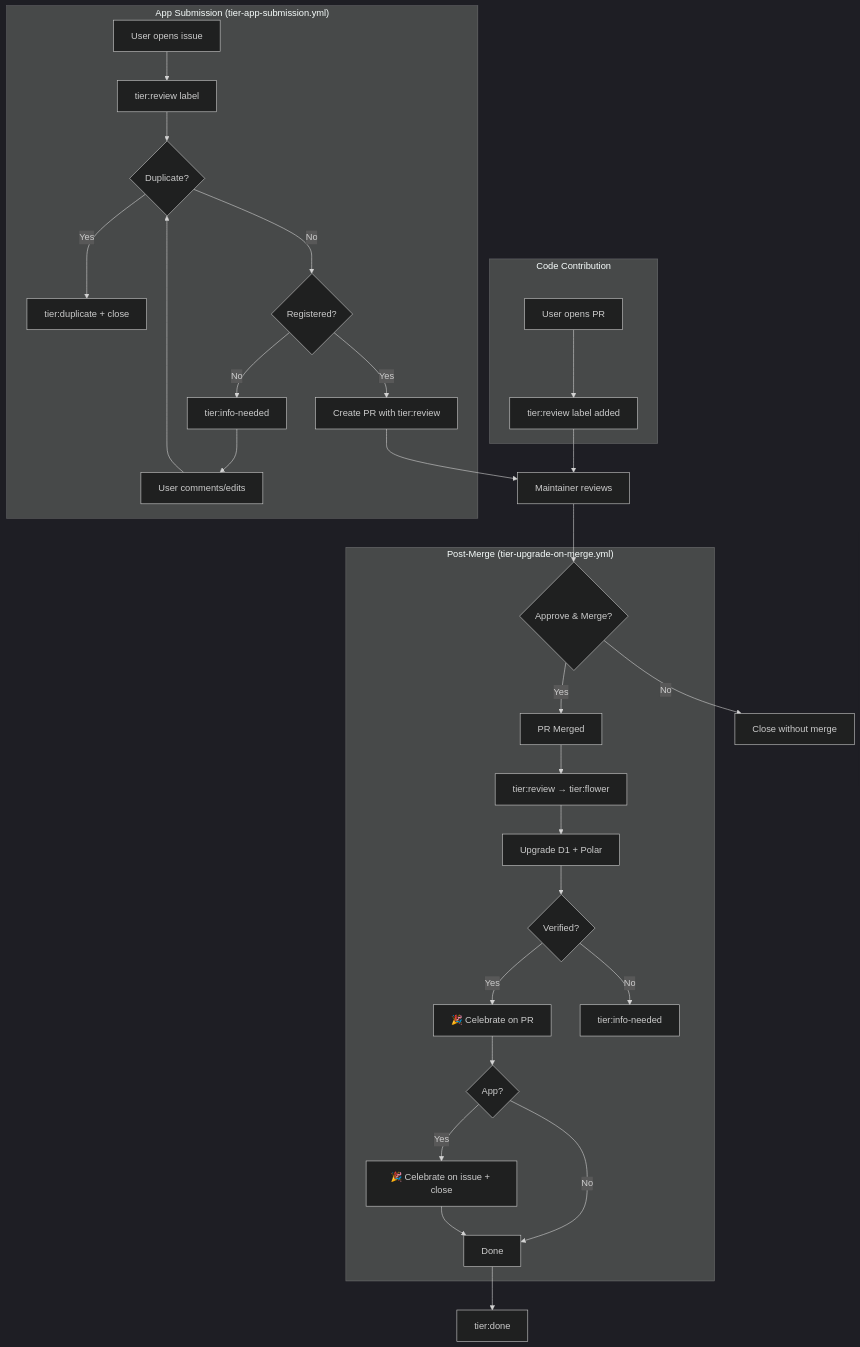
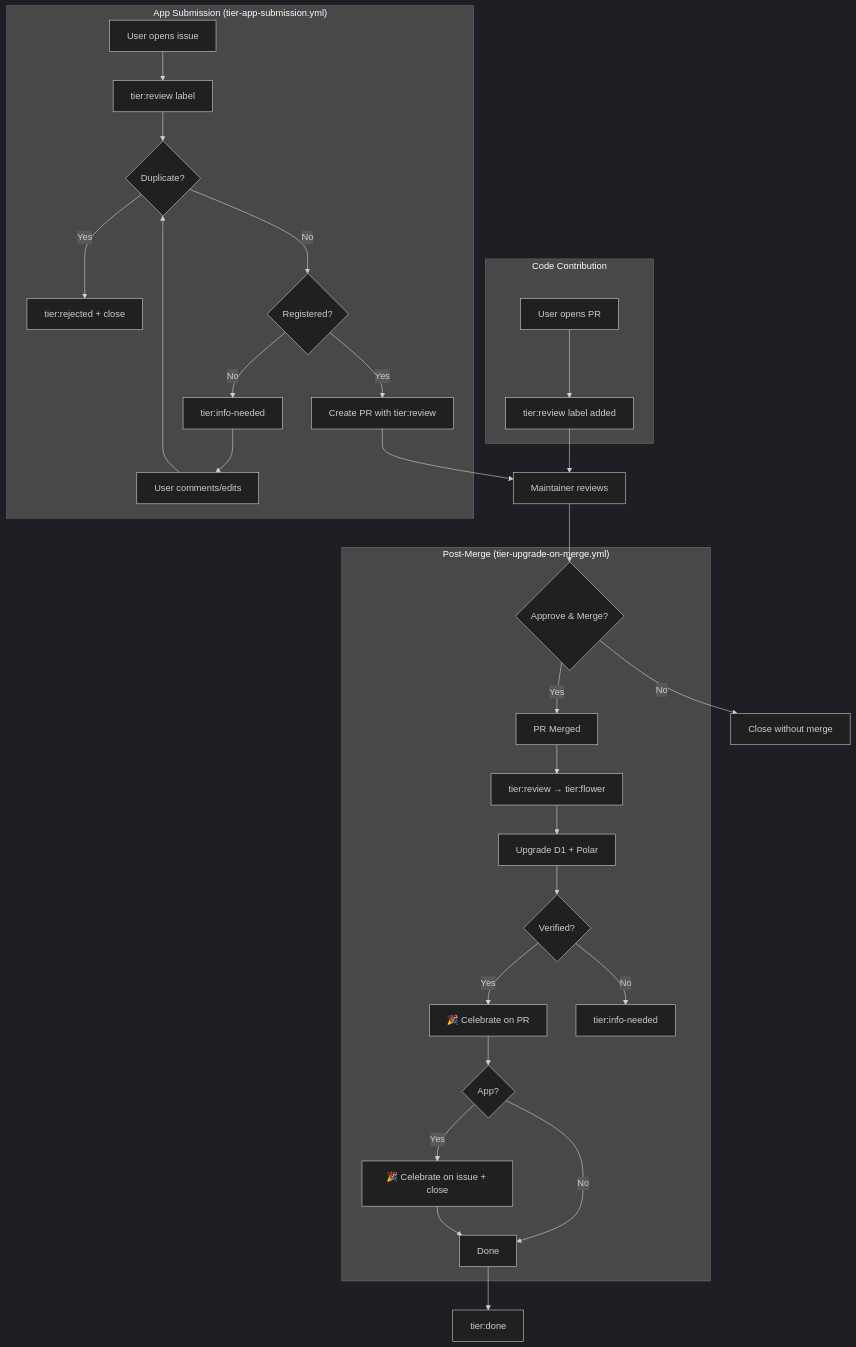
One commit to pollinations/pollinations changed the diagram in .github/docs/TIER-UPGRADE.md. Above: the diagram before and after it, drawn with Mermaid. The commit also changed other lines of this file and 3 other files, not shown here.

First line of the commit message:
fix: app submission workflow special chars + tier:rejected label

````diff
--- a/.github/docs/TIER-UPGRADE.md
+++ b/.github/docs/TIER-UPGRADE.md
@@ -87,39 +101,39 @@
 ```mermaid
 %%{init: {'theme': 'dark'}}%%
 flowchart TD
     subgraph APP["App Submission (tier-app-submission.yml)"]
         A1[User opens issue] --> A2[tier:review label]
         A2 --> A3{Duplicate?}
-        A3 -->|Yes| A3a[tier:duplicate + close]
+        A3 -->|Yes| A3a[tier:rejected + close]
         A3 -->|No| A4{Registered?}
         A4 -->|No| A5[tier:info-needed]
         A5 --> A6[User comments/edits]
         A6 --> A3
         A4 -->|Yes| A8[Create PR with tier:review]
     end
 
     subgraph CODE["Code Contribution"]
         B1[User opens PR] --> B2[tier:review label added]
     end
 
     A8 --> C[Maintainer reviews]
     B2 --> C
 
     C --> D{Approve & Merge?}
     D -->|No| F[Close without merge]
 
     subgraph MERGE["Post-Merge (tier-upgrade-on-merge.yml)"]
         D -->|Yes| E[PR Merged]
         E --> G1[tier:review → tier:flower]
         G1 --> G2[Upgrade D1 + Polar]
         G2 --> G3{Verified?}
         G3 -->|Yes| G4[🎉 Celebrate on PR]
         G4 --> G5{App?}
         G5 -->|Yes| G6[🎉 Celebrate on issue + close]
         G5 -->|No| G7[Done]
         G6 --> G7
         G3 -->|No| G8[tier:info-needed]
     end
 
     G7 --> H[tier:done]
 ```
````
